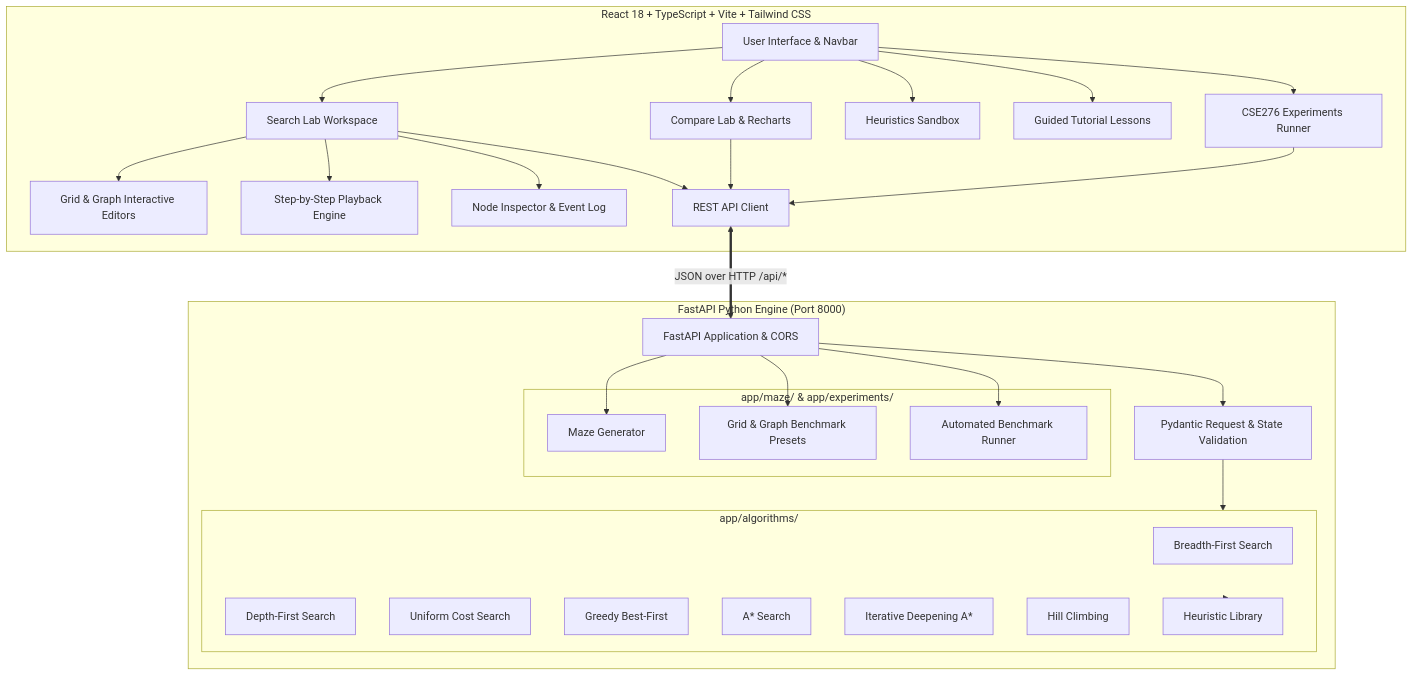
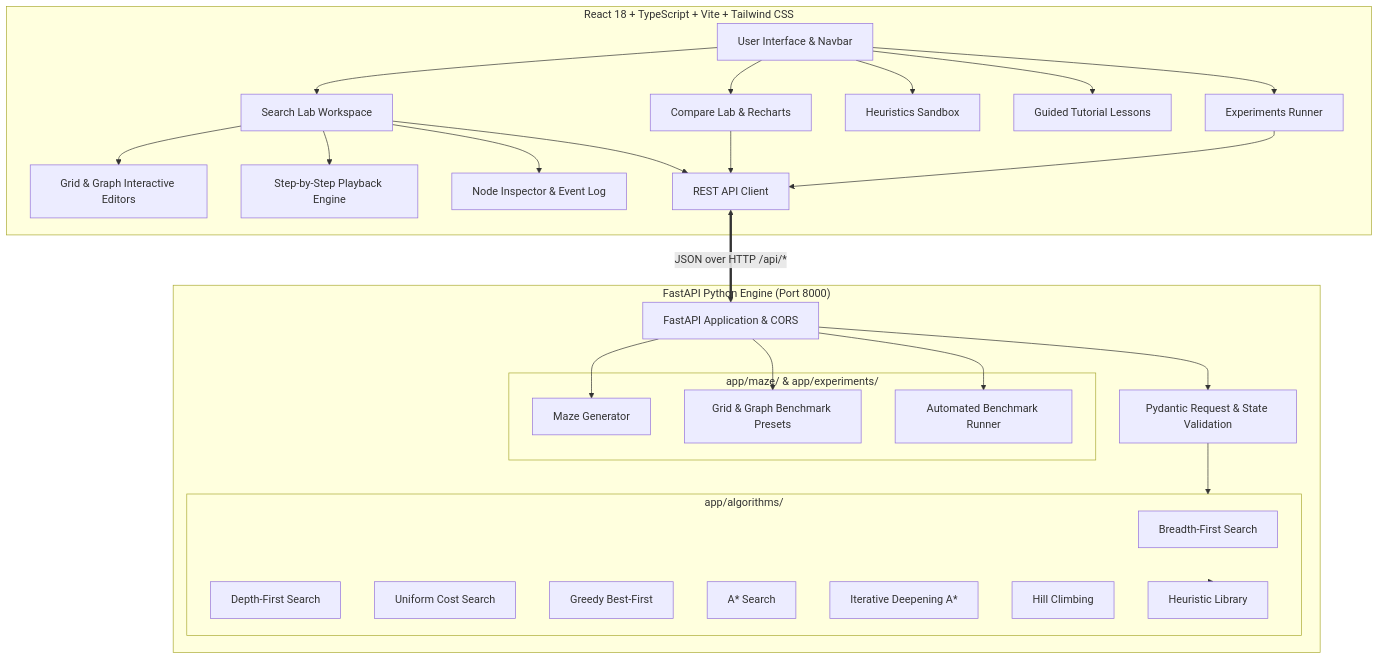
Before and after one commit to rithvicreddyc-ship-it/ai-search-lab: the first of 2 diagrams in README.md, drawn with Mermaid. The commit also changed other lines of this file and 9 other files, not shown here.

````diff
--- a/README.md
+++ b/README.md
@@ -48,58 +48,58 @@
 ```mermaid
 graph TD
     subgraph Frontend ["React 18 + TypeScript + Vite + Tailwind CSS"]
         UI[User Interface & Navbar]
         SL[Search Lab Workspace]
         GE[Grid & Graph Interactive Editors]
         PB[Step-by-Step Playback Engine]
         NI[Node Inspector & Event Log]
         CL[Compare Lab & Recharts]
         HL[Heuristics Sandbox]
         GT[Guided Tutorial Lessons]
-        EL[CSE276 Experiments Runner]
+        EL[Experiments Runner]
         API_Client[REST API Client]
         
         UI --> SL
         UI --> CL
         UI --> HL
         UI --> GT
         UI --> EL
         SL --> GE
         SL --> PB
         SL --> NI
         SL --> API_Client
         CL --> API_Client
         EL --> API_Client
     end
 
     subgraph Backend ["FastAPI Python Engine (Port 8000)"]
         Router[FastAPI Application & CORS]
         Validation[Pydantic Request & State Validation]
         
         subgraph Algorithms ["app/algorithms/"]
             BFS[Breadth-First Search]
             DFS[Depth-First Search]
             UCS[Uniform Cost Search]
             Greedy[Greedy Best-First]
             AStar[A* Search]
             IDAStar[Iterative Deepening A*]
             HC[Hill Climbing]
             Heuristics[Heuristic Library]
         end
 
         subgraph MazePresets ["app/maze/ & app/experiments/"]
             Gen[Maze Generator]
             Presets[Grid & Graph Benchmark Presets]
             Runner[Automated Benchmark Runner]
         end
 
         Router --> Validation
         Validation --> Algorithms
         Algorithms --> Heuristics
         Router --> Gen
         Router --> Presets
         Router --> Runner
     end
 
     API_Client <==>|JSON over HTTP /api/*| Router
 ```
````
